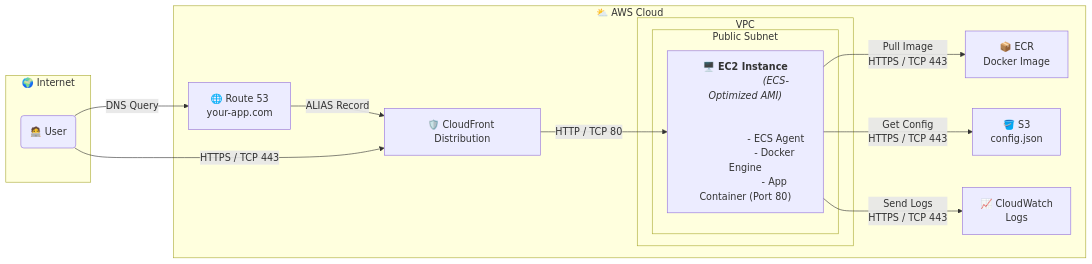
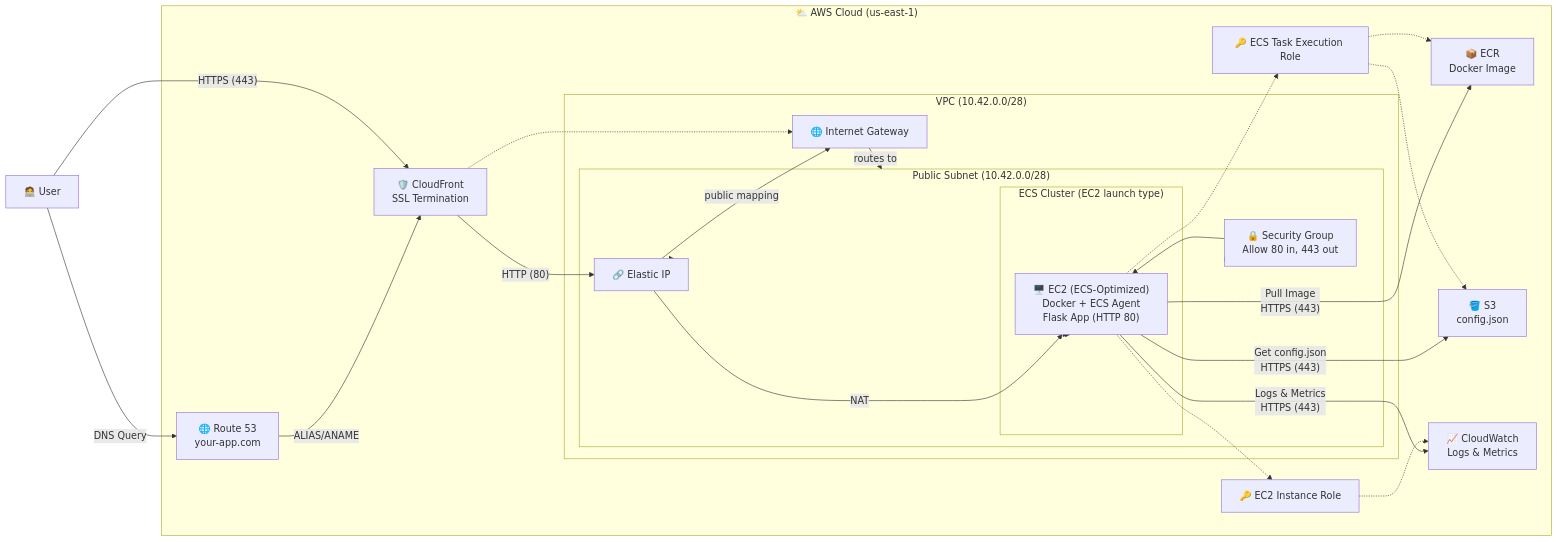
One commit to azabluda/turnkey changed the diagram in DEPLOYMENT.md. Above: the diagram before and after it, drawn with Mermaid. The commit also changed other lines of this file, not shown here.

Commit message:
Overhaul DEPLOYMENT.md

````diff
--- a/DEPLOYMENT.md
+++ b/DEPLOYMENT.md
@@ -19,42 +74,63 @@
 ```mermaid
 flowchart LR
-    subgraph "🌍 Internet"
-        User("🧑‍💻 User")
-    end
+    %% Internet and Entry
+    User["🧑‍💻 User"]
 
-    subgraph "⛅ AWS Cloud"
+    %% AWS Cloud Boundary
+    subgraph AWSCloud["⛅ AWS Cloud (us-east-1)"]
         Route53["🌐 Route 53<br>your-app.com"]
-        CloudFront["🛡️ CloudFront Distribution"]
-        subgraph "VPC"
-            subgraph "Public Subnet"
-                EC2["
-                    <b>🖥️ EC2 Instance</b>
-                    <i>(ECS-Optimized AMI)</i>
-                    <br>
-                    - ECS Agent
-                    - Docker Engine
-                    - App Container (Port 80)
-                "]
+        CloudFront["🛡️ CloudFront<br>SSL Termination"]
+
+        %% VPC Boundary
+        subgraph VPC["VPC (10.42.0.0/28)"]
+            IGW["🌐 Internet Gateway"]
+
+            %% Public Subnet Boundary
+            subgraph PublicSubnet["Public Subnet (10.42.0.0/28)"]
+                EIP["🔗 Elastic IP"]
+                SG["🔒 Security Group<br>Allow 80 in, 443 out"]
+                subgraph ECSCluster["ECS Cluster (EC2 launch type)"]
+                    EC2["🖥️ EC2 (ECS-Optimized)<br>Docker + ECS Agent<br>Flask App (HTTP 80)"]
+                end
             end
         end
 
+        %% AWS Services (global, not in VPC)
         ECR["📦 ECR<br>Docker Image"]
         S3["🪣 S3<br>config.json"]
-        CloudWatch["📈 CloudWatch<br>Logs"]
+        CloudWatch["📈 CloudWatch<br>Logs & Metrics"]
+
+        %% IAM Roles (conceptual, not physical)
+        ECSRole["🔑 ECS Task Execution Role"]
+        EC2Role["🔑 EC2 Instance Role"]
     end
 
-    %% --- Connections & Protocols ---
+    %% User Flow
+    User -- "DNS Query" --> Route53
+    Route53 -- "ALIAS/ANAME" --> CloudFront
+    User -- "HTTPS (443)" --> CloudFront
+    CloudFront -- "HTTP (80)" --> EIP
+    EIP -- "public mapping" --> IGW
+    IGW -- "routes to" --> PublicSubnet
+    EIP -- "NAT" --> EC2
 
-    %% User Facing
-    User -- "DNS Query" --> Route53
-    Route53 -- "ALIAS Record" --> CloudFront
-    User -- "HTTPS / TCP 443" --> CloudFront
+    %% Networking context
+    CloudFront -.-> IGW
+    VPC --> PublicSubnet
+    VPC --> PublicSubnet
+    PublicSubnet --> EIP
+    PublicSubnet --> SG
+    SG --> EC2
 
-    %% CDN to Origin
-    CloudFront -- "HTTP / TCP 80" --> EC2
+    %% Service Integrations
+    EC2 -- "Pull Image<br>HTTPS (443)" --> ECR
+    EC2 -- "Get config.json<br>HTTPS (443)" --> S3
+    EC2 -- "Logs & Metrics<br>HTTPS (443)" --> CloudWatch
 
-    %% AWS Service Integrations (via IAM Role on EC2)
-    EC2 -- "Pull Image<br>HTTPS / TCP 443" --> ECR
-    EC2 -- "Get Config<br>HTTPS / TCP 443" --> S3
-    EC2 -- "Send Logs<br>HTTPS / TCP 443" --> CloudWatch
+    %% IAM Roles
+    EC2 -.-> EC2Role
+    EC2 -.-> ECSRole
+    ECSRole -.-> ECR
+    ECSRole -.-> S3
+    EC2Role -.-> CloudWatch
 ```
````
